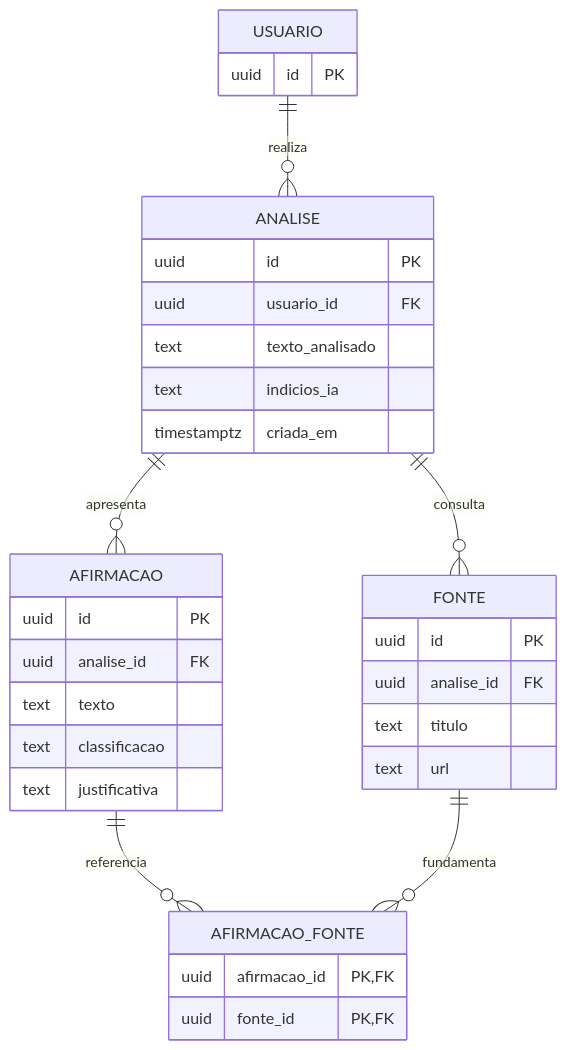
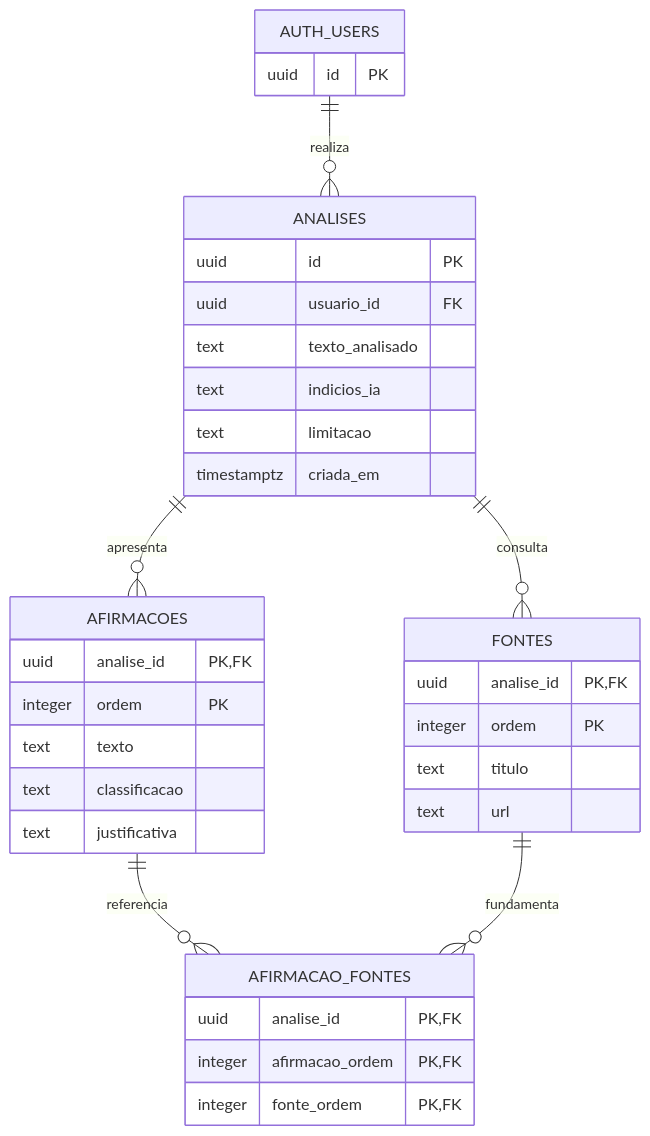
One commit to Muski360/AutenticAI changed the diagram in docs/DER.md. Above: the diagram before and after it, drawn with Mermaid. The commit also changed other lines of this file and 15 other files, not shown here.

````diff
--- a/docs/DER.md
+++ b/docs/DER.md
@@ -5,36 +5,38 @@
 ```mermaid
 erDiagram
-    USUARIO ||--o{ ANALISE : realiza
-    ANALISE ||--o{ AFIRMACAO : apresenta
-    ANALISE ||--o{ FONTE : consulta
-    AFIRMACAO ||--o{ AFIRMACAO_FONTE : referencia
-    FONTE ||--o{ AFIRMACAO_FONTE : fundamenta
+    AUTH_USERS ||--o{ ANALISES : realiza
+    ANALISES ||--o{ AFIRMACOES : apresenta
+    ANALISES ||--o{ FONTES : consulta
+    AFIRMACOES ||--o{ AFIRMACAO_FONTES : referencia
+    FONTES ||--o{ AFIRMACAO_FONTES : fundamenta
 
-    USUARIO {
+    AUTH_USERS {
         uuid id PK
     }
-    ANALISE {
+    ANALISES {
         uuid id PK
         uuid usuario_id FK
         text texto_analisado
         text indicios_ia
+        text limitacao
         timestamptz criada_em
     }
-    AFIRMACAO {
-        uuid id PK
-        uuid analise_id FK
+    AFIRMACOES {
+        uuid analise_id PK,FK
+        integer ordem PK
         text texto
         text classificacao
         text justificativa
     }
-    FONTE {
-        uuid id PK
-        uuid analise_id FK
+    FONTES {
+        uuid analise_id PK,FK
+        integer ordem PK
         text titulo
         text url
     }
-    AFIRMACAO_FONTE {
-        uuid afirmacao_id PK,FK
-        uuid fonte_id PK,FK
+    AFIRMACAO_FONTES {
+        uuid analise_id PK,FK
+        integer afirmacao_ordem PK,FK
+        integer fonte_ordem PK,FK
     }
 ```
````
